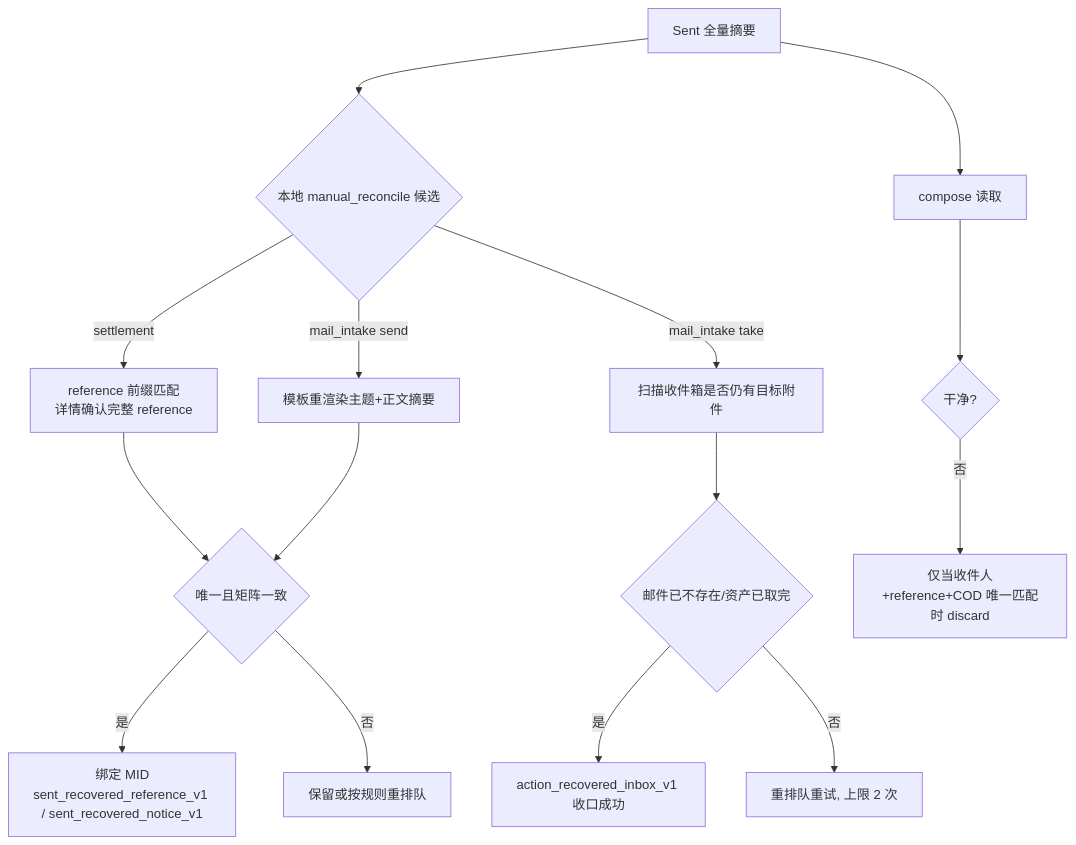
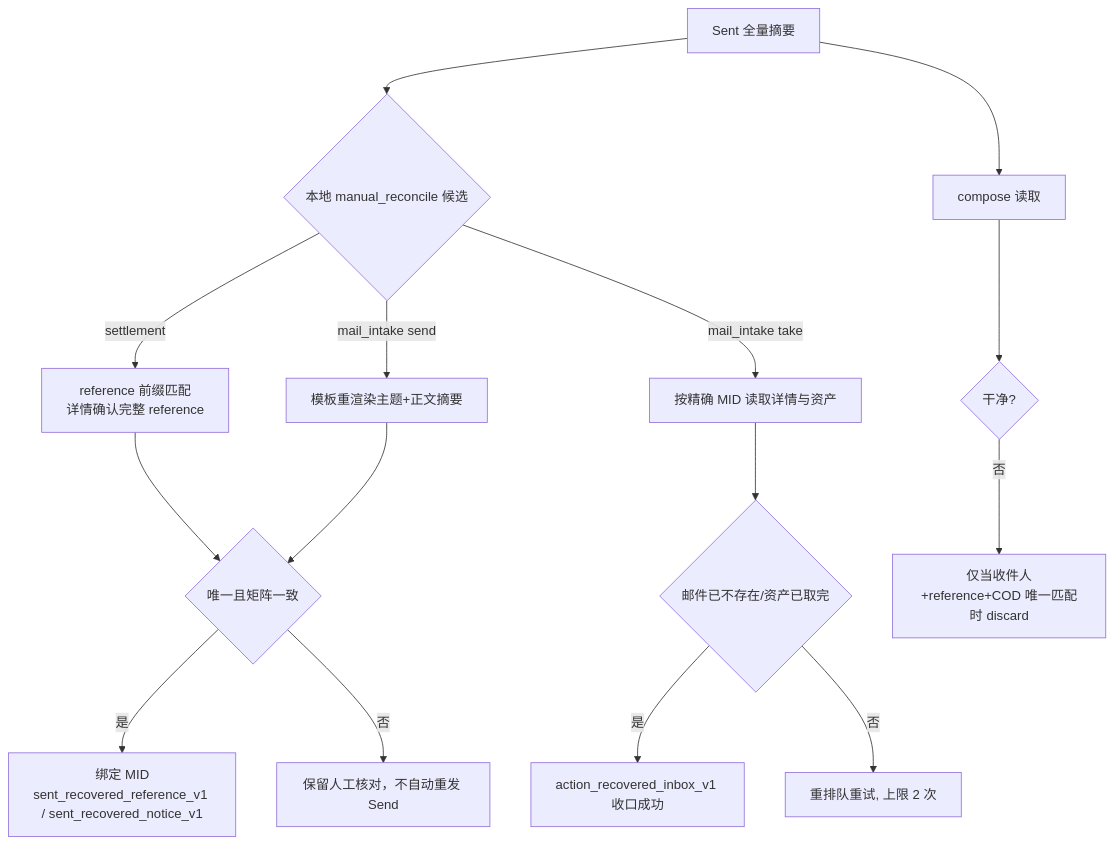
The sixth of 7 diagrams in docs/guide/mooglemail-flow.md (ngnlAYY/Auction), drawn with Mermaid before and after one commit. The commit also changed other lines of this file and 132 other files, not shown here.

````diff
--- a/docs/guide/mooglemail-flow.md
+++ b/docs/guide/mooglemail-flow.md
@@ -145,17 +145,17 @@
 ```mermaid
 flowchart TD
   M1[Sent 全量摘要] --> M2{本地 manual_reconcile 候选}
   M2 -- settlement --> M3[reference 前缀匹配<br/>详情确认完整 reference]
   M2 -- mail_intake send --> M4[模板重渲染主题+正文摘要]
-  M2 -- mail_intake take --> M5[扫描收件箱是否仍有目标附件]
+  M2 -- mail_intake take --> M5[按精确 MID 读取详情与资产]
   M3 --> B{唯一且矩阵一致}
   M4 --> B
   B -- 是 --> B1[绑定 MID<br/>sent_recovered_reference_v1 / sent_recovered_notice_v1]
-  B -- 否 --> B2[保留或按规则重排队]
+  B -- 否 --> B2[保留人工核对，不自动重发 Send]
   M5 --> T1{邮件已不存在/资产已取完}
   T1 -- 是 --> T2[action_recovered_inbox_v1 收口成功]
   T1 -- 否 --> T3[重排队重试, 上限 2 次]
   M1 --> C1[compose 读取]
   C1 --> C2{干净?}
   C2 -- 否 --> C3[仅当收件人+reference+COD 唯一匹配时 discard]
 ```
````
